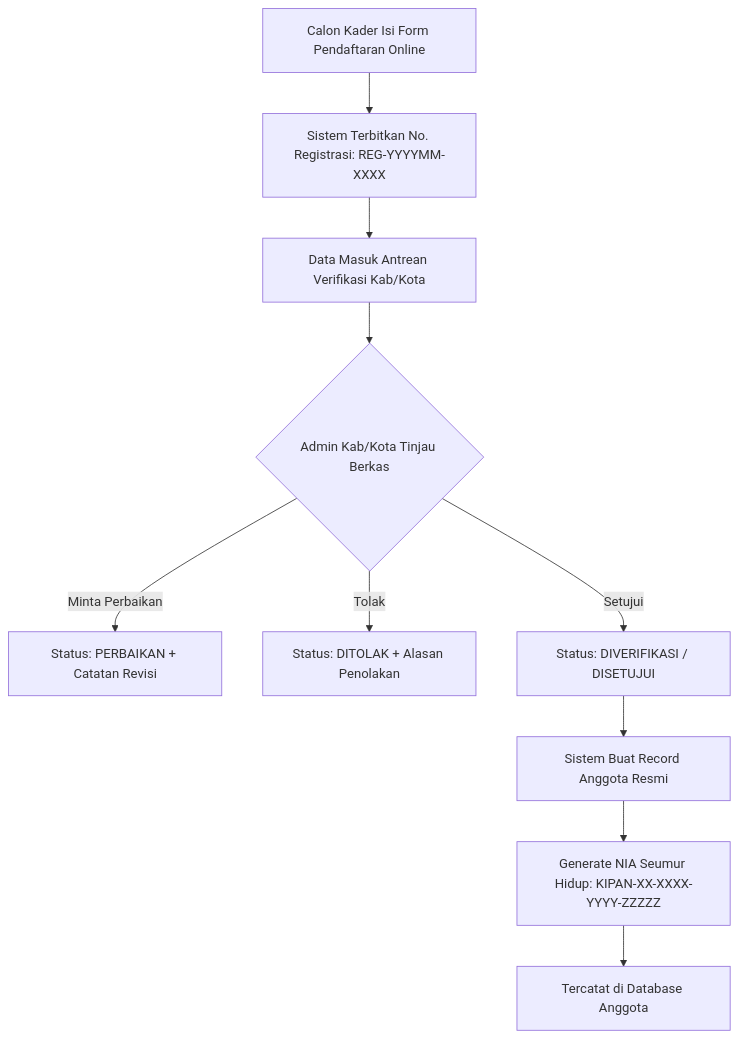
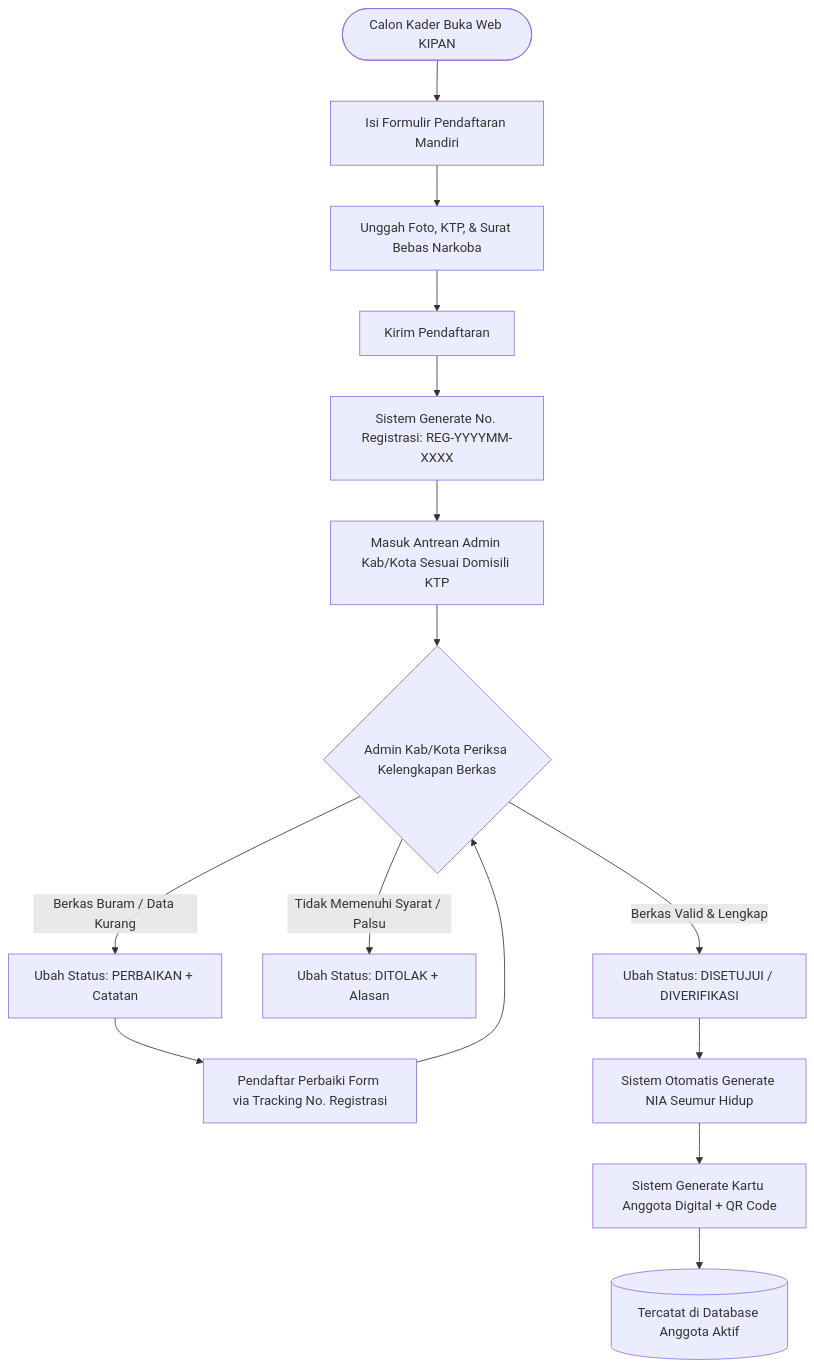
Before and after one commit to mirwan10522114-jpg/KIPAN_INDONESIA: the second of 4 diagrams in PRD.md, drawn with Mermaid. The commit also changed other lines of this file and 65 other files, not shown here.

````diff
--- a/PRD.md
+++ b/PRD.md
@@ -63,12 +142,20 @@
 ```mermaid
 flowchart TD
-    A[Calon Kader Isi Form Pendaftaran Online] --> B[Sistem Terbitkan No. Registrasi: REG-YYYYMM-XXXX]
-    B --> C[Data Masuk Antrean Verifikasi Kab/Kota]
-    C --> D{Admin Kab/Kota Tinjau Berkas}
-    D -->|Minta Perbaikan| E[Status: PERBAIKAN + Catatan Revisi]
-    D -->|Tolak| F[Status: DITOLAK + Alasan Penolakan]
-    D -->|Setujui| G[Status: DIVERIFIKASI / DISETUJUI]
-    G --> H[Sistem Buat Record Anggota Resmi]
-    H --> I[Generate NIA Seumur Hidup: KIPAN-XX-XXXX-YYYY-ZZZZZ]
-    I --> J[Tercatat di Database Anggota]
+    Start([Calon Kader Buka Web KIPAN]) --> Form[Isi Formulir Pendaftaran Mandiri]
+    Form --> Upload[Unggah Foto, KTP, & Surat Bebas Narkoba]
+    Upload --> Submit[Kirim Pendaftaran]
+    Submit --> AutoReg[Sistem Generate No. Registrasi: REG-YYYYMM-XXXX]
+    AutoReg --> Antrean[Masuk Antrean Admin Kab/Kota Sesuai Domisili KTP]
+    
+    Antrean --> Review{Admin Kab/Kota Periksa Kelengkapan Berkas}
+    Review -->|Berkas Buram / Data Kurang| MintaRevisi[Ubah Status: PERBAIKAN + Catatan]
+    MintaRevisi --> NotifUser[Pendaftar Perbaiki Form via Tracking No. Registrasi]
+    NotifUser --> Review
+    
+    Review -->|Tidak Memenuhi Syarat / Palsu| Tolak[Ubah Status: DITOLAK + Alasan]
+    
+    Review -->|Berkas Valid & Lengkap| Setuju[Ubah Status: DISETUJUI / DIVERIFIKASI]
+    Setuju --> GenNIA[Sistem Otomatis Generate NIA Seumur Hidup]
+    GenNIA --> GenKTA[Sistem Generate Kartu Anggota Digital + QR Code]
+    GenKTA --> ActiveMember[(Tercatat di Database Anggota Aktif)]
 ```
````
